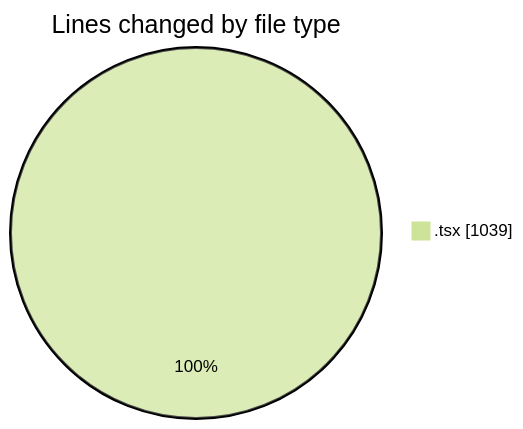
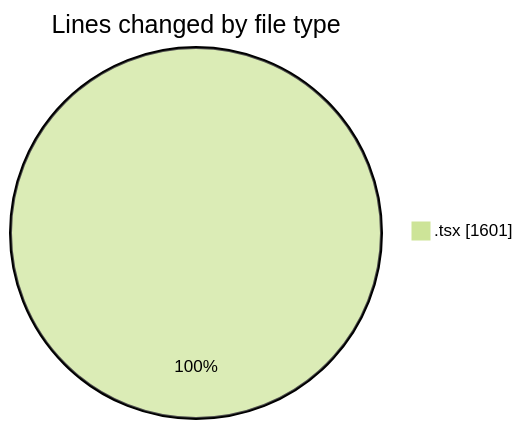
One commit to nxtqubesakshisongat/code-tracking changed the first of 2 diagrams in 2026-07-06/nxtqube_webapp/README.md. Above: the diagram before and after it, drawn with Mermaid (forest theme). The commit also changed other lines of this file and 1 other file, not shown here.

````diff
--- a/2026-07-06/nxtqube_webapp/README.md
+++ b/2026-07-06/nxtqube_webapp/README.md
@@ -22,5 +22,5 @@
 ```mermaid
 pie showData
 title Lines changed by file type
-".tsx" : 1039
+".tsx" : 1601
 ```
````
